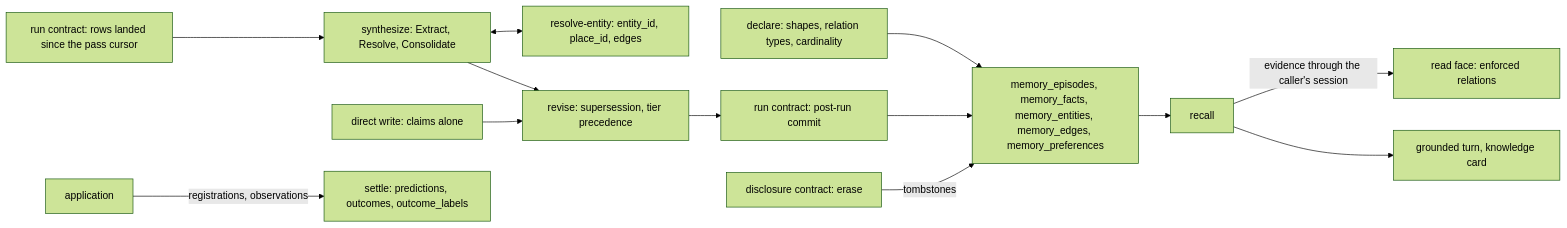
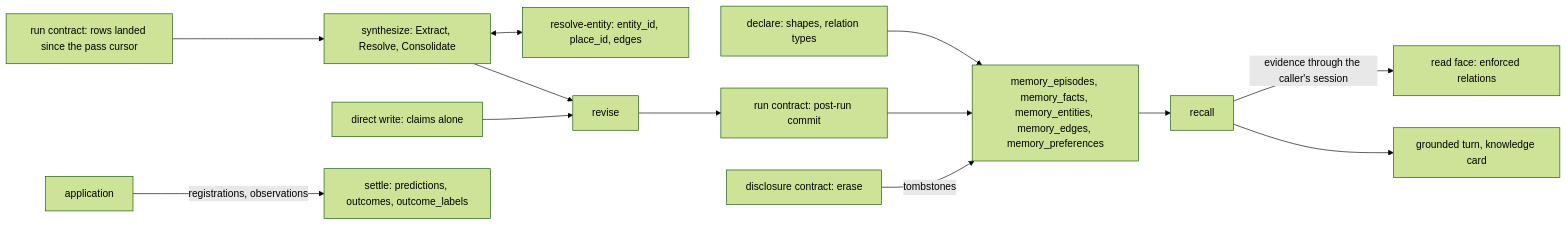
One commit to fractalboxdev/contextful changed the first of 4 diagrams in spec/21-memory.md. Above: the diagram before and after it, drawn with Mermaid (forest theme). The commit also changed other lines of this file and 7 other files, not shown here.

````diff
--- a/spec/21-memory.md
+++ b/spec/21-memory.md
@@ -21,15 +21,15 @@
 ```mermaid
 flowchart LR
   ROWS["run contract: rows landed since the pass cursor"] --> SYN["synthesize: Extract, Resolve, Consolidate"]
   SYN <--> RES["resolve-entity: entity_id, place_id, edges"]
-  SYN --> REV["revise: supersession, tier precedence"]
+  SYN --> REV["revise"]
   DW["direct write: claims alone"] --> REV
   REV --> COMMIT["run contract: post-run commit"]
-  DECL["declare: shapes, relation types, cardinality"] --> TBL
+  DECL["declare: shapes, relation types"] --> TBL
   COMMIT --> TBL["memory_episodes, memory_facts, memory_entities, memory_edges, memory_preferences"]
   ERASE["disclosure contract: erase"] -- "tombstones" --> TBL
   TBL --> REC["recall"]
   REC -- "evidence through the caller's session" --> READ["read face: enforced relations"]
   REC --> ANS["grounded turn, knowledge card"]
   APP["application"] -- "registrations, observations" --> SET["settle: predictions, outcomes, outcome_labels"]
 ```
````
